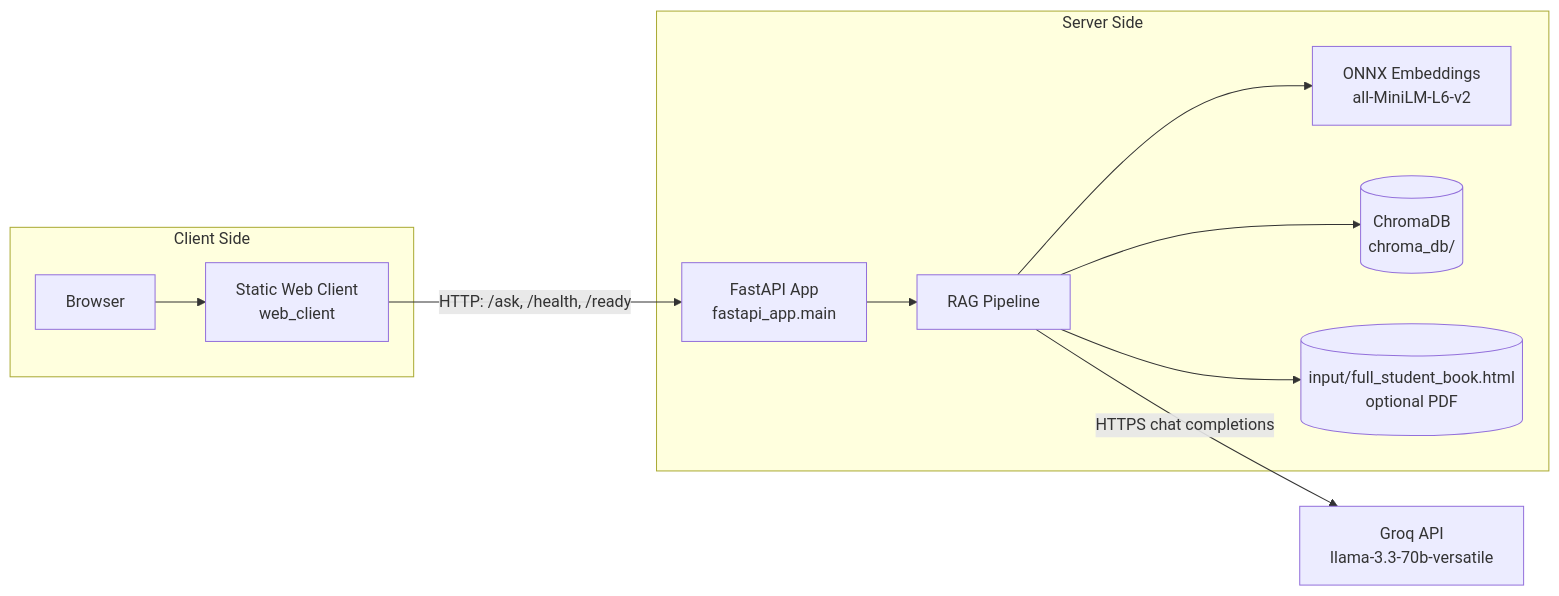
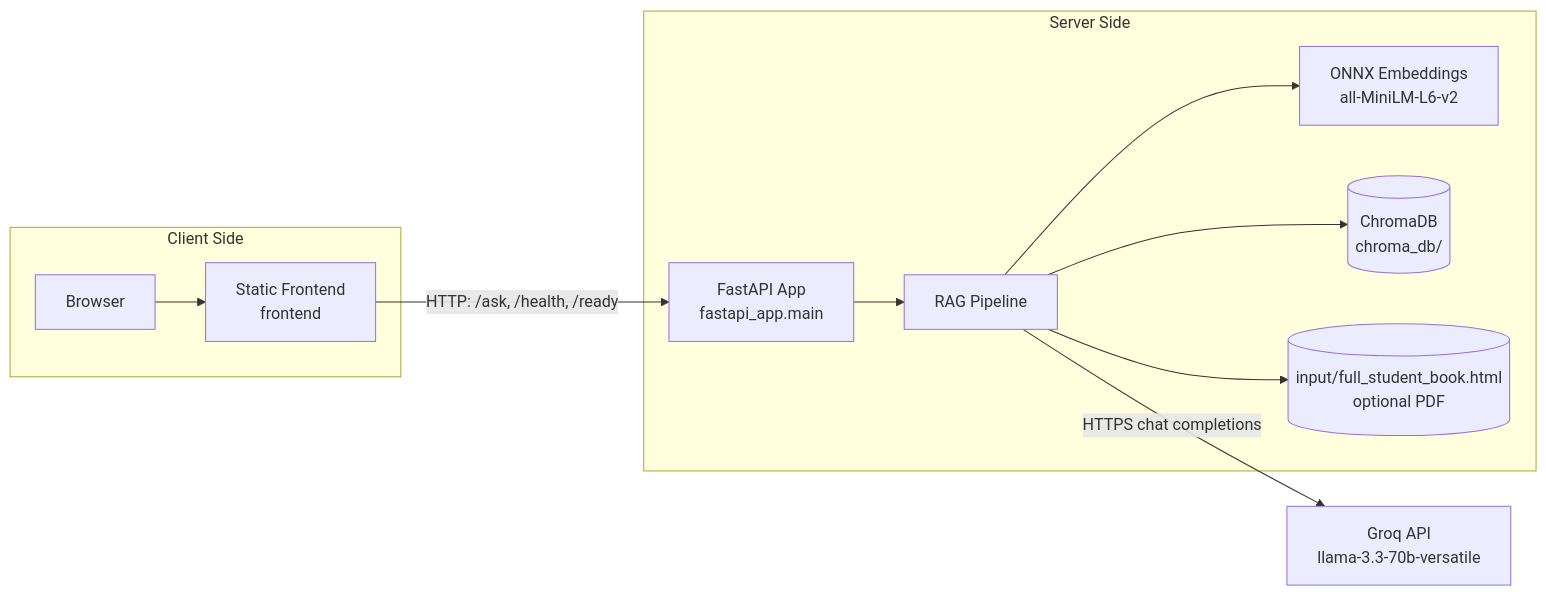
The first of 2 diagrams in docs/client-server-architecture.md (semanticClimate/chatbot), drawn with Mermaid before and after one commit. The commit also changed other lines of this file and 35 other files, not shown here.

Commit message:
renames web_client

````diff
--- a/docs/client-server-architecture.md
+++ b/docs/client-server-architecture.md
@@ -14,26 +14,26 @@
 ```mermaid
 flowchart LR
   subgraph UserSide["Client Side"]
     Browser[Browser]
-    WebClient[Static Web Client<br/>web_client]
+    WebClient[Static Frontend<br/>frontend]
     Browser --> WebClient
   end
 
   subgraph AppHost["Server Side"]
     FastAPI[FastAPI App<br/>fastapi_app.main]
     RAG[RAG Pipeline]
     Embed[ONNX Embeddings<br/>all-MiniLM-L6-v2]
     Chroma[(ChromaDB<br/>chroma_db/)]
     Input[(input/full_student_book.html<br/>optional PDF)]
 
     FastAPI --> RAG
     RAG --> Embed
     RAG --> Chroma
     RAG --> Input
   end
 
   Groq[Groq API<br/>llama-3.3-70b-versatile]
 
   WebClient -->|"HTTP: /ask, /health, /ready"| FastAPI
   RAG -->|"HTTPS chat completions"| Groq
 ```
````
